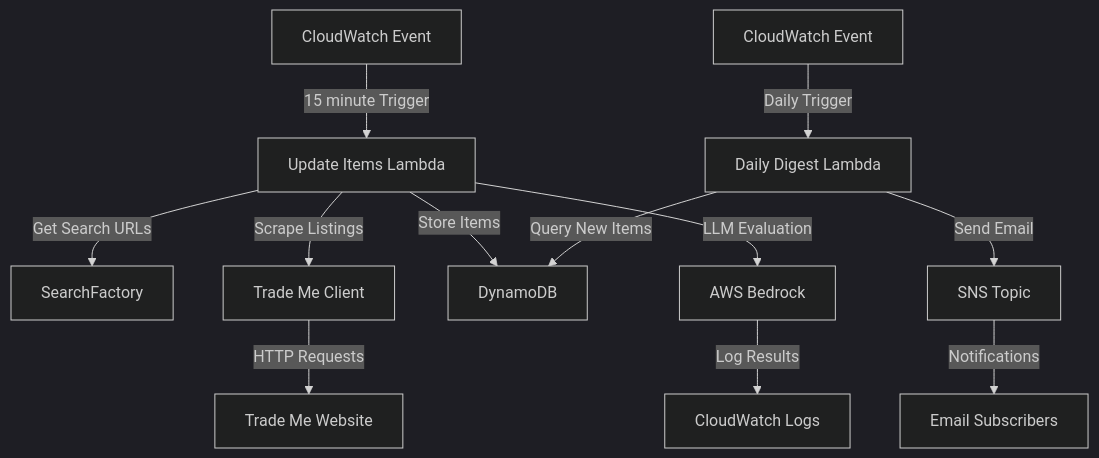
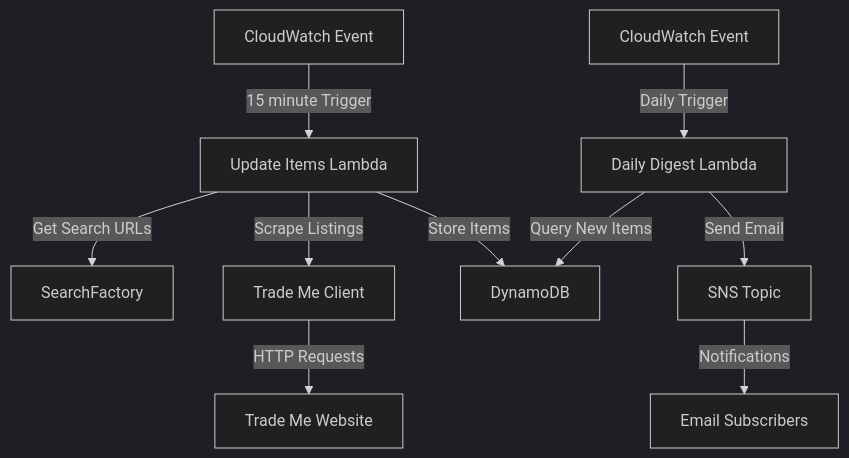
One commit to jordansimsmith/jordansimsmith-com changed the diagram in auction_tracker_api/README.md. Above: the diagram before and after it, drawn with Mermaid (dark theme). The commit also changed other lines of this file and 11 other files, not shown here.

````diff
--- a/auction_tracker_api/README.md
+++ b/auction_tracker_api/README.md
@@ -7,15 +7,13 @@
 ```mermaid
 graph TD
   A[CloudWatch Event] -->|15 minute Trigger| B[Update Items Lambda]
   B -->|Get Search URLs| C[SearchFactory]
   B -->|Scrape Listings| D[Trade Me Client]
   D -->|HTTP Requests| E[Trade Me Website]
   B -->|Store Items| F[DynamoDB]
-  B -->|LLM Evaluation| G[AWS Bedrock]
-  G -->|Log Results| H[CloudWatch Logs]
 
-  I[CloudWatch Event] -->|Daily Trigger| J[Daily Digest Lambda]
-  J -->|Query New Items| F
-  J -->|Send Email| K[SNS Topic]
-  K -->|Notifications| L[Email Subscribers]
+  G[CloudWatch Event] -->|Daily Trigger| H[Daily Digest Lambda]
+  H -->|Query New Items| F
+  H -->|Send Email| I[SNS Topic]
+  I -->|Notifications| J[Email Subscribers]
 ```
````
